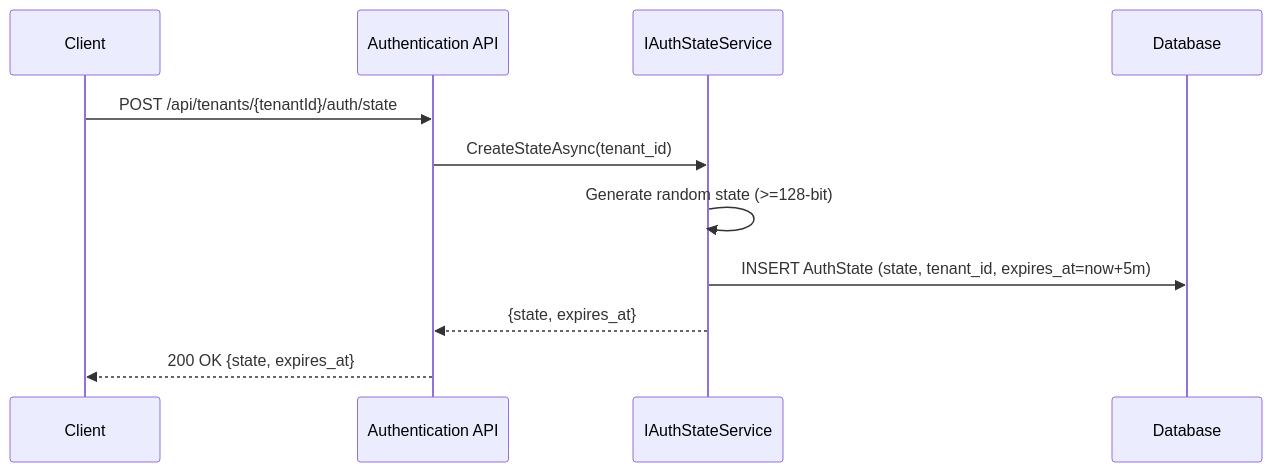
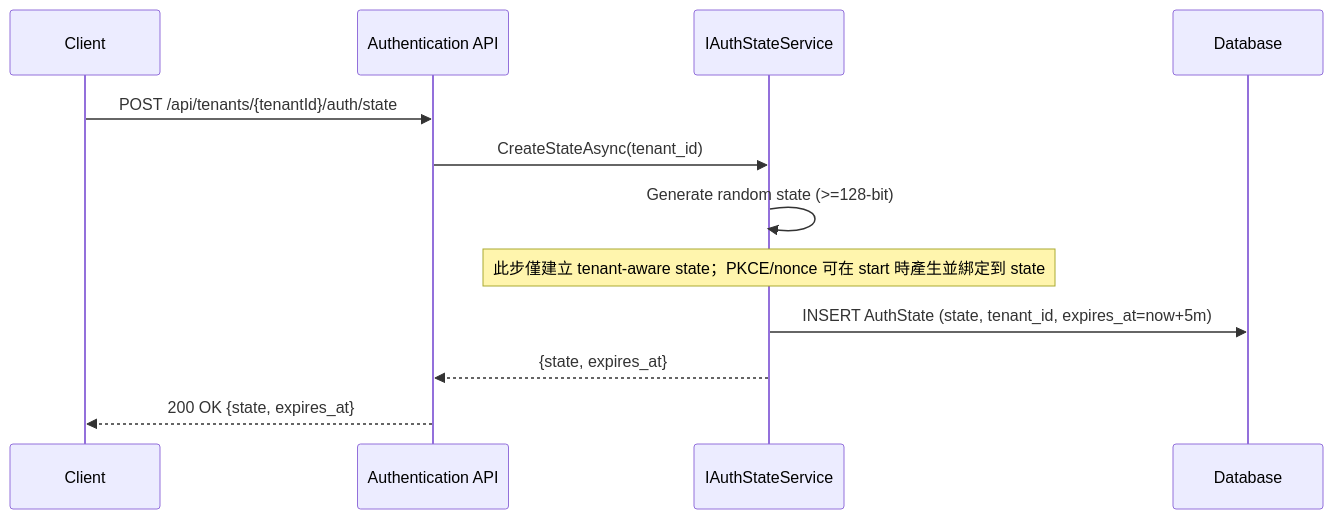
The second of 10 diagrams in docs/SequenceDiagrams.md (Bird73/Service), drawn with Mermaid before and after one commit. The commit also changed other lines of this file and 2 other files, not shown here.

Commit message:
Fix sequence diagrams (PKCE/nonce, authz claims) and add denylist abstraction

````diff
--- a/docs/SequenceDiagrams.md
+++ b/docs/SequenceDiagrams.md
@@ -49,14 +50,15 @@
 ```mermaid
 sequenceDiagram
     participant C as Client
     participant API as Authentication API
     participant SS as IAuthStateService
     participant DB as Database
 
     C->>API: POST /api/tenants/{tenantId}/auth/state
     API->>SS: CreateStateAsync(tenant_id)
     SS->>SS: Generate random state (>=128-bit)
+    note over SS: 此步僅建立 tenant-aware state；PKCE/nonce 可在 start 時產生並綁定到 state
     SS->>DB: INSERT AuthState (state, tenant_id, expires_at=now+5m)
     SS-->>API: {state, expires_at}
     API-->>C: 200 OK {state, expires_at}
 ```
````
